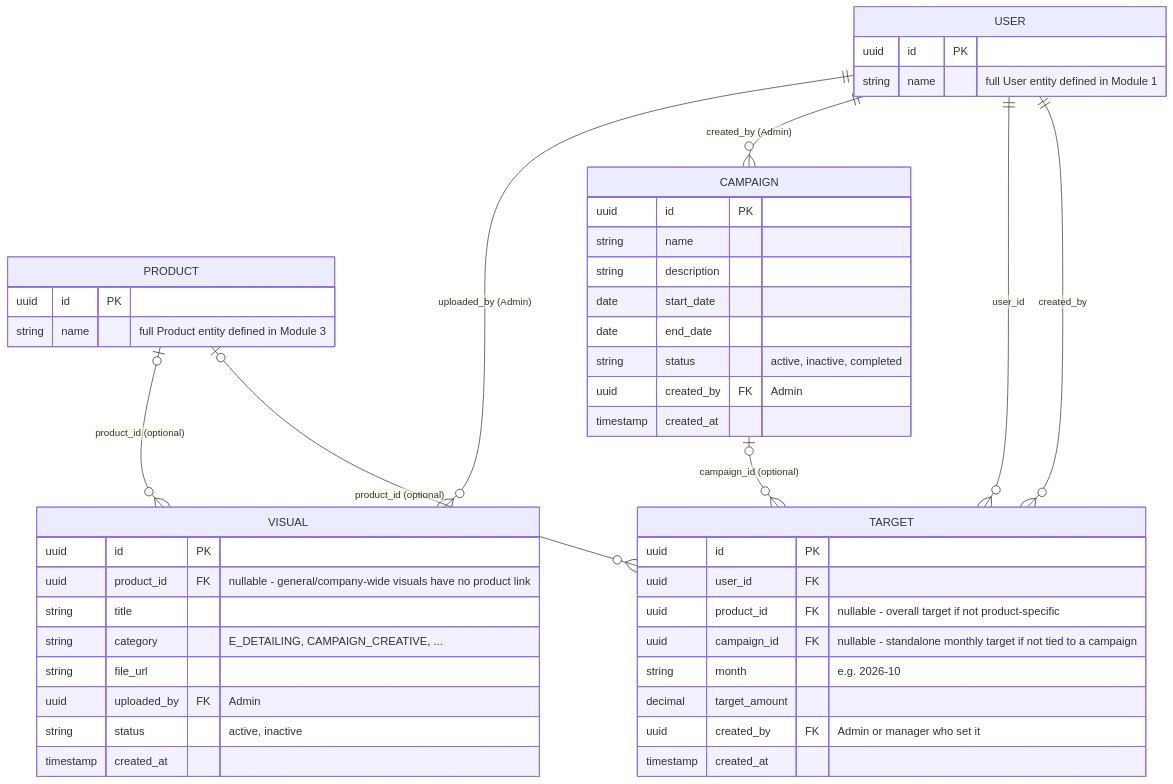
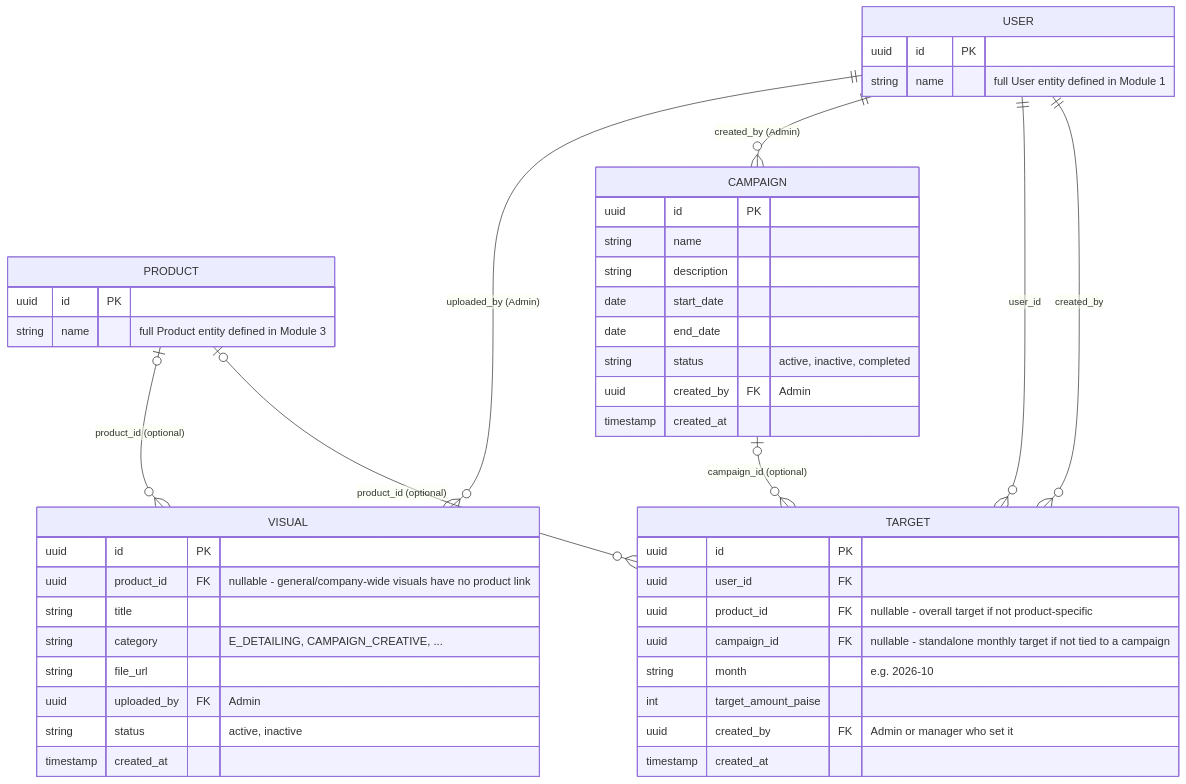
The diagram in docs/erd/08-marketing.md (reboot-ai-private-limited/greynote), drawn with Mermaid before and after one commit. The commit also changed 35 other files, not shown here.

````diff
--- a/docs/erd/08-marketing.md
+++ b/docs/erd/08-marketing.md
@@ -7,50 +7,50 @@
 ```mermaid
 erDiagram
     USER {
         uuid id PK
         string name "full User entity defined in Module 1"
     }
     PRODUCT {
         uuid id PK
         string name "full Product entity defined in Module 3"
     }
 
     VISUAL {
         uuid id PK
         uuid product_id FK "nullable - general/company-wide visuals have no product link"
         string title
         string category "E_DETAILING, CAMPAIGN_CREATIVE, ..."
         string file_url
         uuid uploaded_by FK "Admin"
         string status "active, inactive"
         timestamp created_at
     }
     CAMPAIGN {
         uuid id PK
         string name
         string description
         date start_date
         date end_date
         string status "active, inactive, completed"
         uuid created_by FK "Admin"
         timestamp created_at
     }
     TARGET {
         uuid id PK
         uuid user_id FK
         uuid product_id FK "nullable - overall target if not product-specific"
         uuid campaign_id FK "nullable - standalone monthly target if not tied to a campaign"
         string month "e.g. 2026-10"
-        decimal target_amount
+        int target_amount_paise
         uuid created_by FK "Admin or manager who set it"
         timestamp created_at
     }
 
     PRODUCT |o--o{ VISUAL : "product_id (optional)"
     USER ||--o{ VISUAL : "uploaded_by (Admin)"
     USER ||--o{ CAMPAIGN : "created_by (Admin)"
     USER ||--o{ TARGET : "user_id"
     PRODUCT |o--o{ TARGET : "product_id (optional)"
     CAMPAIGN |o--o{ TARGET : "campaign_id (optional)"
     USER ||--o{ TARGET : "created_by"
 ```
````
